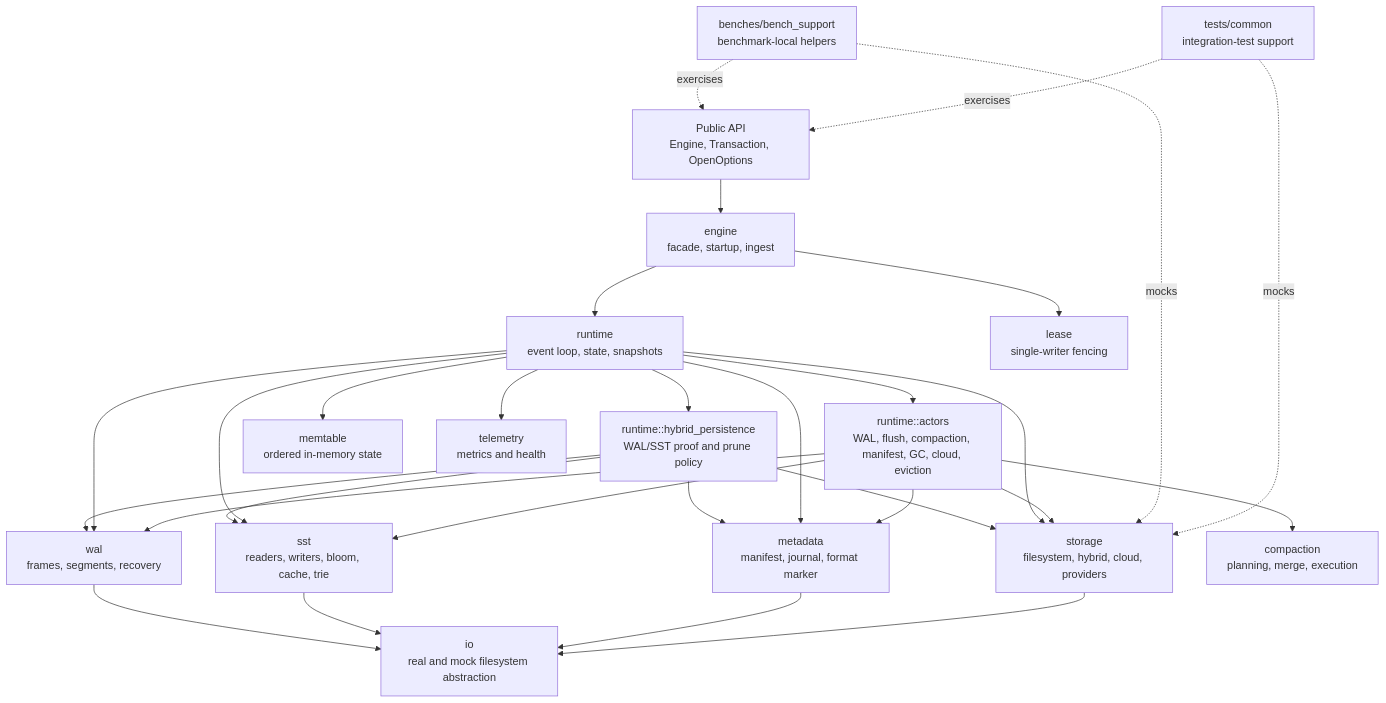
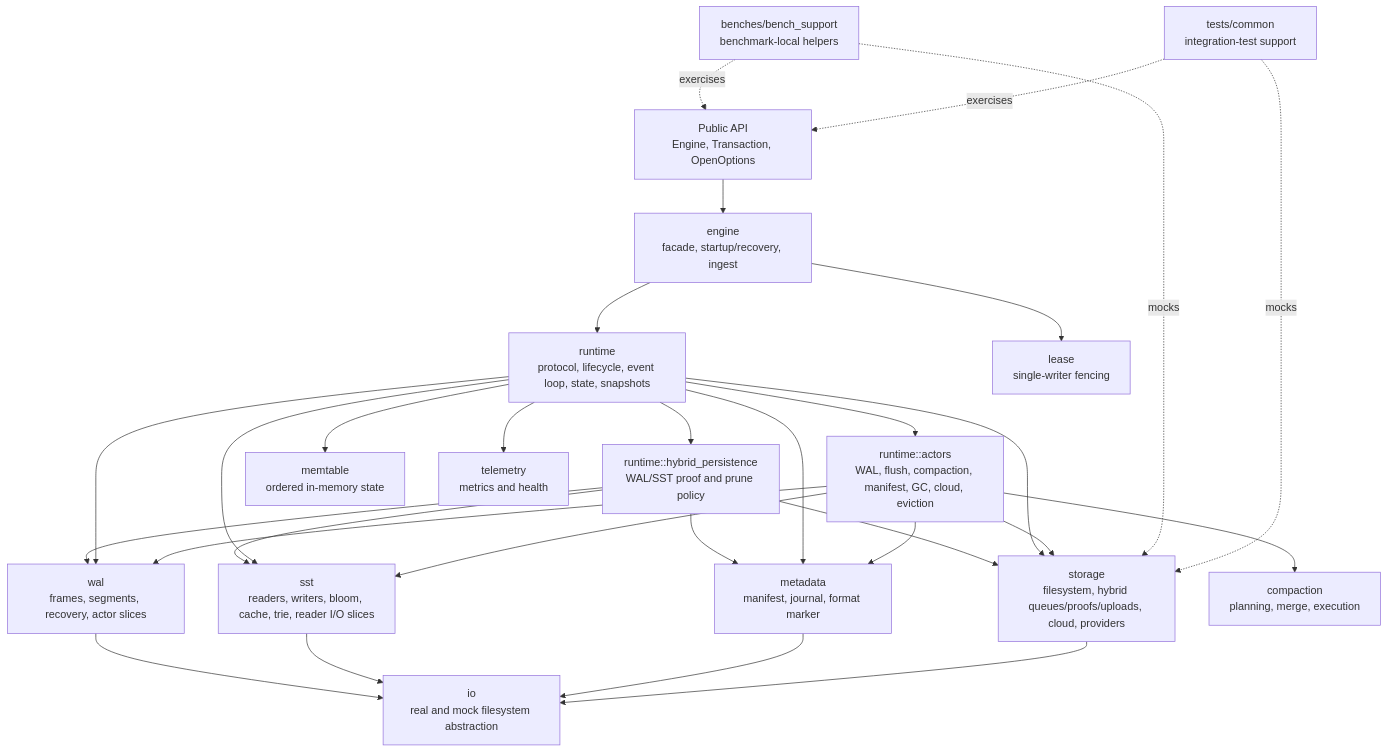
One commit to cntryl/midge changed the first of 10 diagrams in docs/development/architecture-diagrams.md. Above: the diagram before and after it, drawn with Mermaid. The commit also changed 67 other files, not shown here.

````diff
--- a/docs/development/architecture-diagrams.md
+++ b/docs/development/architecture-diagrams.md
@@ -7,48 +7,48 @@
 ```mermaid
 flowchart TB
     API["Public API<br/>Engine, Transaction, OpenOptions"]
-    Engine["engine<br/>facade, startup, ingest"]
-    Runtime["runtime<br/>event loop, state, snapshots"]
+    Engine["engine<br/>facade, startup/recovery, ingest"]
+    Runtime["runtime<br/>protocol, lifecycle, event loop, state, snapshots"]
     HybridRuntime["runtime::hybrid_persistence<br/>WAL/SST proof and prune policy"]
     Actors["runtime::actors<br/>WAL, flush, compaction, manifest, GC, cloud, eviction"]
     Memtable["memtable<br/>ordered in-memory state"]
-    WAL["wal<br/>frames, segments, recovery"]
-    SST["sst<br/>readers, writers, bloom, cache, trie"]
+    WAL["wal<br/>frames, segments, recovery, actor slices"]
+    SST["sst<br/>readers, writers, bloom, cache, trie, reader I/O slices"]
     Metadata["metadata<br/>manifest, journal, format marker"]
-    Storage["storage<br/>filesystem, hybrid, cloud, providers"]
+    Storage["storage<br/>filesystem, hybrid queues/proofs/uploads, cloud, providers"]
     IO["io<br/>real and mock filesystem abstraction"]
     Compaction["compaction<br/>planning, merge, execution"]
     Lease["lease<br/>single-writer fencing"]
     Telemetry["telemetry<br/>metrics and health"]
     BenchSupport["benches/bench_support<br/>benchmark-local helpers"]
     TestSupport["tests/common<br/>integration-test support"]
 
     API --> Engine
     Engine --> Runtime
     Engine --> Lease
     Runtime --> Actors
     Runtime --> HybridRuntime
     HybridRuntime --> WAL
     HybridRuntime --> SST
     HybridRuntime --> Metadata
     HybridRuntime --> Storage
     Runtime --> Memtable
     Runtime --> WAL
     Runtime --> SST
     Runtime --> Metadata
     Runtime --> Storage
     Actors --> Compaction
     Actors --> WAL
     Actors --> SST
     Actors --> Metadata
     Actors --> Storage
     WAL --> IO
     SST --> IO
     Metadata --> IO
     Storage --> IO
     Runtime --> Telemetry
     BenchSupport -. exercises .-> API
     BenchSupport -. mocks .-> Storage
     TestSupport -. exercises .-> API
     TestSupport -. mocks .-> Storage
 ```
````
